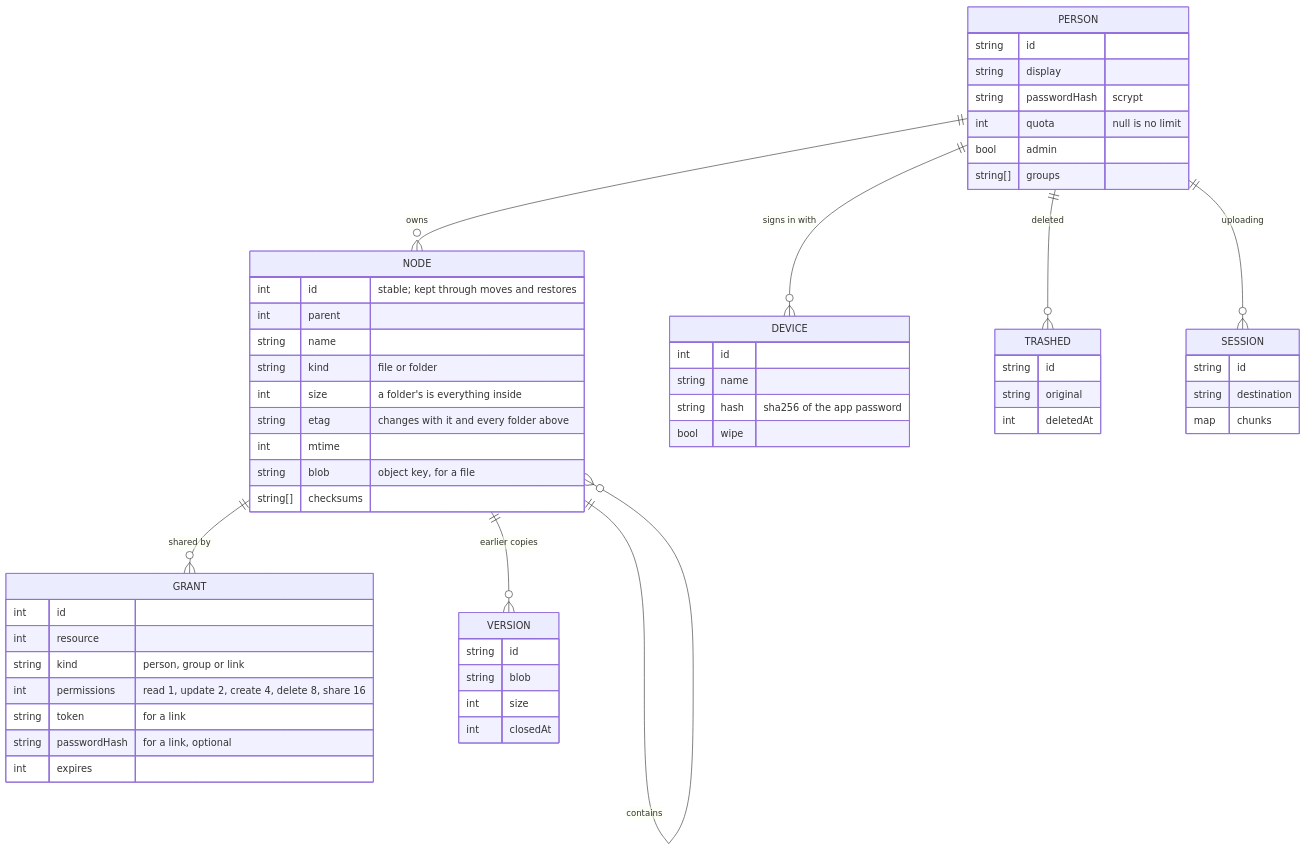
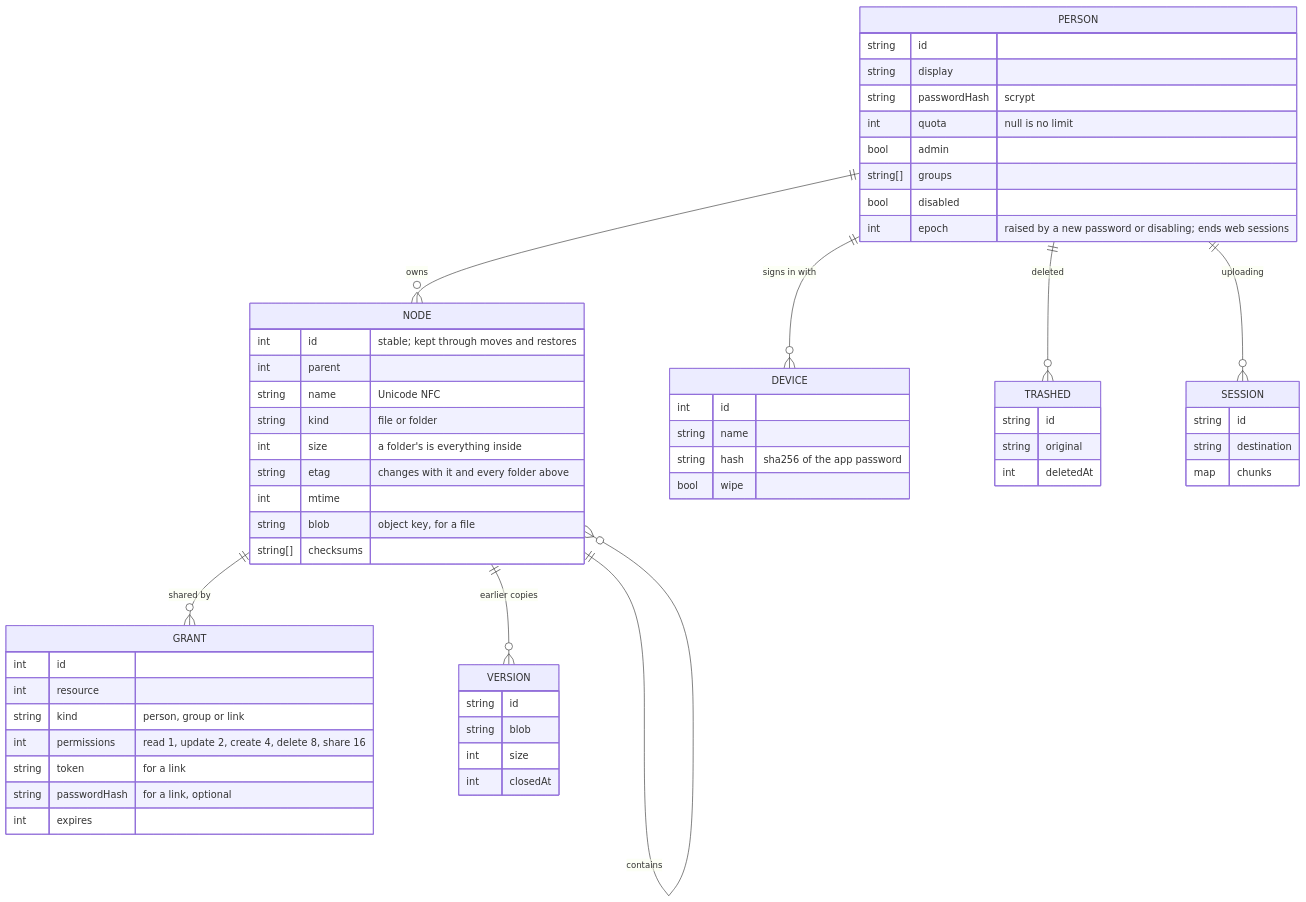
Before and after one commit to russlittle/ZTHR: the second of 4 diagrams in files/README.md, drawn with Mermaid. The commit also changed other lines of this file and 60 other files, not shown here.

````diff
--- a/files/README.md
+++ b/files/README.md
@@ -73,60 +73,62 @@
 ```mermaid
 erDiagram
   PERSON ||--o{ NODE : owns
   PERSON ||--o{ DEVICE : "signs in with"
   NODE ||--o{ NODE : contains
   NODE ||--o{ GRANT : "shared by"
   NODE ||--o{ VERSION : "earlier copies"
   PERSON ||--o{ TRASHED : deleted
   PERSON ||--o{ SESSION : uploading
   PERSON {
     string id
     string display
     string passwordHash "scrypt"
     int quota "null is no limit"
     bool admin
     string[] groups
+    bool disabled
+    int epoch "raised by a new password or disabling; ends web sessions"
   }
   NODE {
     int id "stable; kept through moves and restores"
     int parent
-    string name
+    string name "Unicode NFC"
     string kind "file or folder"
     int size "a folder's is everything inside"
     string etag "changes with it and every folder above"
     int mtime
     string blob "object key, for a file"
     string[] checksums
   }
   GRANT {
     int id
     int resource
     string kind "person, group or link"
     int permissions "read 1, update 2, create 4, delete 8, share 16"
     string token "for a link"
     string passwordHash "for a link, optional"
     int expires
   }
   DEVICE {
     int id
     string name
     string hash "sha256 of the app password"
     bool wipe
   }
   VERSION {
     string id
     string blob
     int size
     int closedAt
   }
   TRASHED {
     string id
     string original
     int deletedAt
   }
   SESSION {
     string id
     string destination
     map chunks
   }
 ```
````
